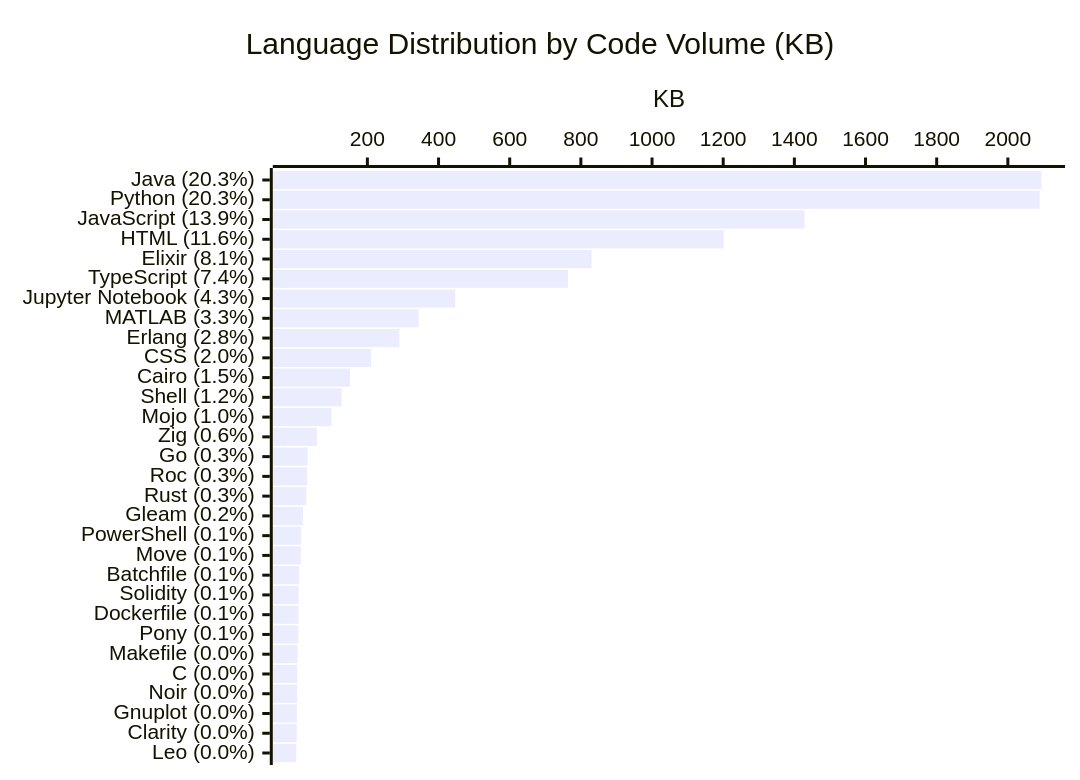
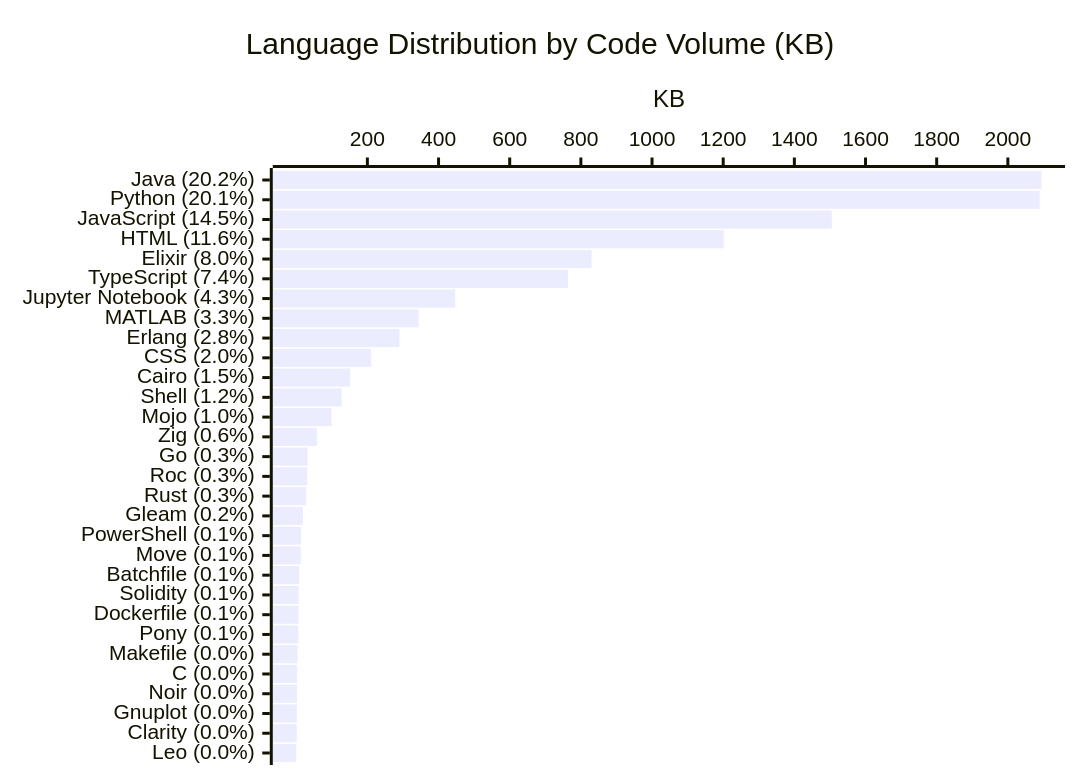
One commit to KathiraveluLab/.github changed the diagram in profile/README.md. Above: the diagram before and after it, drawn with Mermaid. The commit also changed other lines of this file and 1 other file, not shown here.

````diff
--- a/profile/README.md
+++ b/profile/README.md
@@ -75,7 +75,7 @@
 ```mermaid
 xychart-beta horizontal
     title "Language Distribution by Code Volume (KB)"
-    x-axis ["Java (20.3%)", "Python (20.3%)", "JavaScript (13.9%)", "HTML (11.6%)", "Elixir (8.1%)", "TypeScript (7.4%)", "Jupyter Notebook (4.3%)", "MATLAB (3.3%)", "Erlang (2.8%)", "CSS (2.0%)", "Cairo (1.5%)", "Shell (1.2%)", "Mojo (1.0%)", "Zig (0.6%)", "Go (0.3%)", "Roc (0.3%)", "Rust (0.3%)", "Gleam (0.2%)", "PowerShell (0.1%)", "Move (0.1%)", "Batchfile (0.1%)", "Solidity (0.1%)", "Dockerfile (0.1%)", "Pony (0.1%)", "Makefile (0.0%)", "C (0.0%)", "Noir (0.0%)", "Gnuplot (0.0%)", "Clarity (0.0%)", "Leo (0.0%)"]
+    x-axis ["Java (20.2%)", "Python (20.1%)", "JavaScript (14.5%)", "HTML (11.6%)", "Elixir (8.0%)", "TypeScript (7.4%)", "Jupyter Notebook (4.3%)", "MATLAB (3.3%)", "Erlang (2.8%)", "CSS (2.0%)", "Cairo (1.5%)", "Shell (1.2%)", "Mojo (1.0%)", "Zig (0.6%)", "Go (0.3%)", "Roc (0.3%)", "Rust (0.3%)", "Gleam (0.2%)", "PowerShell (0.1%)", "Move (0.1%)", "Batchfile (0.1%)", "Solidity (0.1%)", "Dockerfile (0.1%)", "Pony (0.1%)", "Makefile (0.0%)", "C (0.0%)", "Noir (0.0%)", "Gnuplot (0.0%)", "Clarity (0.0%)", "Leo (0.0%)"]
     y-axis "KB"
-    bar [2094.5, 2089.51, 1428.75, 1201.3, 830.13, 763.92, 446.91, 343.93, 289.93, 210.03, 151.31, 127.55, 99.52, 58.12, 32.03, 30.88, 28.25, 18.9, 13.91, 12.89, 8.48, 6.65, 6.34, 6.01, 3.74, 2.58, 2.46, 1.82, 1.53, 0.26]
+    bar [2094.5, 2089.51, 1505.21, 1201.3, 830.13, 763.92, 446.91, 343.93, 289.93, 210.03, 151.31, 127.55, 99.52, 58.12, 32.03, 30.88, 28.25, 18.9, 13.91, 12.89, 8.48, 6.65, 6.34, 6.01, 3.74, 2.58, 2.46, 1.82, 1.53, 0.26]
 ```
````
